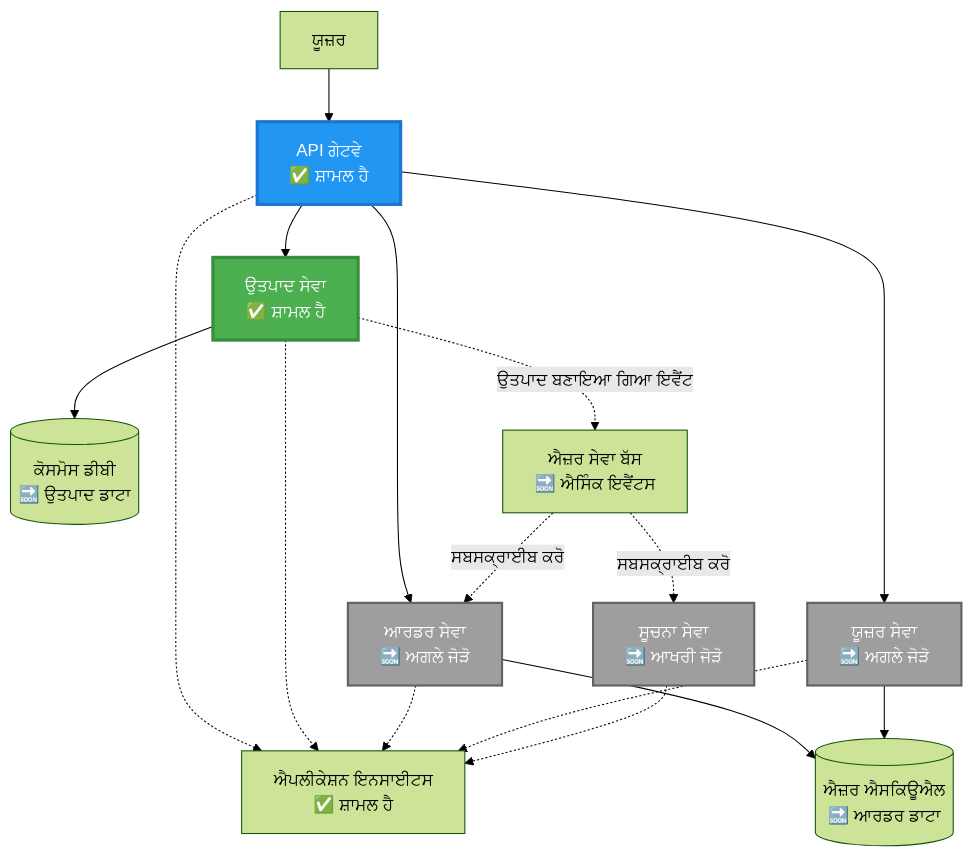
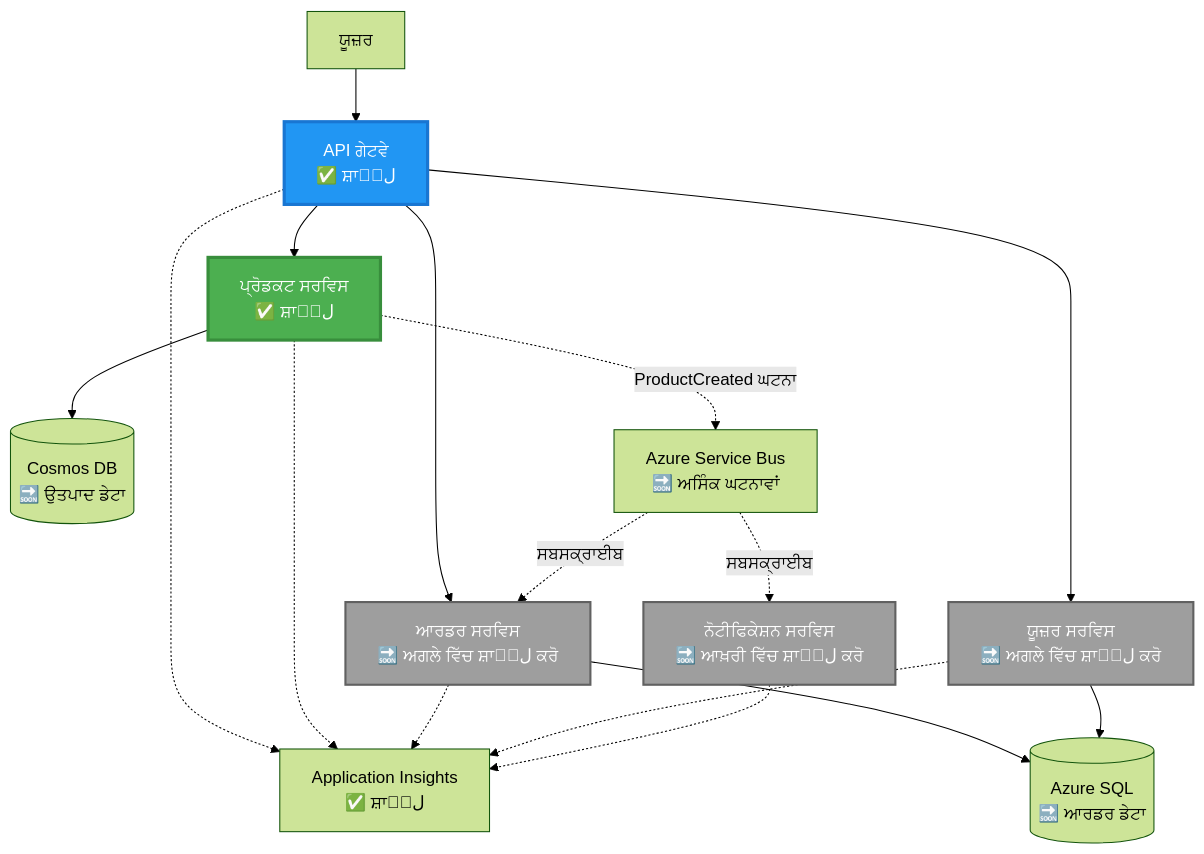
Before and after one commit to microsoft/AZD-for-beginners: the second of 4 diagrams in translations/pa/examples/microservices/README.md, drawn with Mermaid (forest theme). The commit also changed other lines of this file and 354 other files, not shown here.

````diff
--- a/translations/pa/examples/microservices/README.md
+++ b/translations/pa/examples/microservices/README.md
@@ -78,39 +69,39 @@
 ```mermaid
 graph TB
     User[ਯੂਜ਼ਰ]
-    Gateway[API ਗੇਟਵੇ<br/>✅ ਸ਼ਾਮਲ ਹੈ]
-    Product[ਉਤਪਾਦ ਸੇਵਾ<br/>✅ ਸ਼ਾਮਲ ਹੈ]
-    Order[ਆਰਡਰ ਸੇਵਾ<br/>🔜 ਅਗਲੇ ਜੋੜੋ]
-    UserSvc[ਯੂਜ਼ਰ ਸੇਵਾ<br/>🔜 ਅਗਲੇ ਜੋੜੋ]
-    Notify[ਸੂਚਨਾ ਸੇਵਾ<br/>🔜 ਆਖਰੀ ਜੋੜੋ]
+    Gateway[API ਗੇਟਵੇ<br/>✅ ਸ਼ਾਮِل]
+    Product[ਪ੍ਰੋਡਕਟ ਸਰਵਿਸ<br/>✅ ਸ਼ਾਮِل]
+    Order[ਆਰਡਰ ਸਰਵਿਸ<br/>🔜 ਅਗਲੇ ਵਿੱਚ ਸ਼ਾਮِل ਕਰੋ]
+    UserSvc[ਯੂਜ਼ਰ ਸਰਵਿਸ<br/>🔜 ਅਗਲੇ ਵਿੱਚ ਸ਼ਾਮِل ਕਰੋ]
+    Notify[ਨੋਟੀਫਿਕੇਸ਼ਨ ਸਰਵਿਸ<br/>🔜 ਆਖ਼ਰੀ ਵਿੱਚ ਸ਼ਾਮِل ਕਰੋ]
     
-    CosmosDB[(ਕੋਸਮੋਸ ਡੀਬੀ<br/>🔜 ਉਤਪਾਦ ਡਾਟਾ)]
-    AzureSQL[(ਐਜ਼ਰ ਐਸਕਿਊਐਲ<br/>🔜 ਆਰਡਰ ਡਾਟਾ)]
-    ServiceBus[ਐਜ਼ਰ ਸੇਵਾ ਬੱਸ<br/>🔜 ਐਸਿੰਕ ਇਵੈਂਟਸ]
-    AppInsights[ਐਪਲੀਕੇਸ਼ਨ ਇਨਸਾਈਟਸ<br/>✅ ਸ਼ਾਮਲ ਹੈ]
+    CosmosDB[(Cosmos DB<br/>🔜 ਉਤਪਾਦ ਡੇਟਾ)]
+    AzureSQL[(Azure SQL<br/>🔜 ਆਰਡਰ ਡੇਟਾ)]
+    ServiceBus[Azure Service Bus<br/>🔜 ਅਸਿੰਕ ਘਟਨਾਵਾਂ]
+    AppInsights[Application Insights<br/>✅ ਸ਼ਾਮِل]
     
     User --> Gateway
     Gateway --> Product
     Gateway --> Order
     Gateway --> UserSvc
     
     Product --> CosmosDB
     Order --> AzureSQL
     UserSvc --> AzureSQL
     
-    Product -.->|ਉਤਪਾਦ ਬਣਾਇਆ ਗਿਆ ਇਵੈਂਟ| ServiceBus
-    ServiceBus -.->|ਸਬਸਕ੍ਰਾਈਬ ਕਰੋ| Notify
-    ServiceBus -.->|ਸਬਸਕ੍ਰਾਈਬ ਕਰੋ| Order
+    Product -.->|ProductCreated ਘਟਨਾ| ServiceBus
+    ServiceBus -.->|ਸਬਸਕ੍ਰਾਈਬ| Notify
+    ServiceBus -.->|ਸਬਸਕ੍ਰਾਈਬ| Order
     
     Gateway -.-> AppInsights
     Product -.-> AppInsights
     Order -.-> AppInsights
     UserSvc -.-> AppInsights
     Notify -.-> AppInsights
     
     style Product fill:#4CAF50,stroke:#388E3C,stroke-width:3px,color:#fff
     style Gateway fill:#2196F3,stroke:#1976D2,stroke-width:3px,color:#fff
     style Order fill:#9E9E9E,stroke:#616161,stroke-width:2px,color:#fff
     style UserSvc fill:#9E9E9E,stroke:#616161,stroke-width:2px,color:#fff
     style Notify fill:#9E9E9E,stroke:#616161,stroke-width:2px,color:#fff
 ```
````
